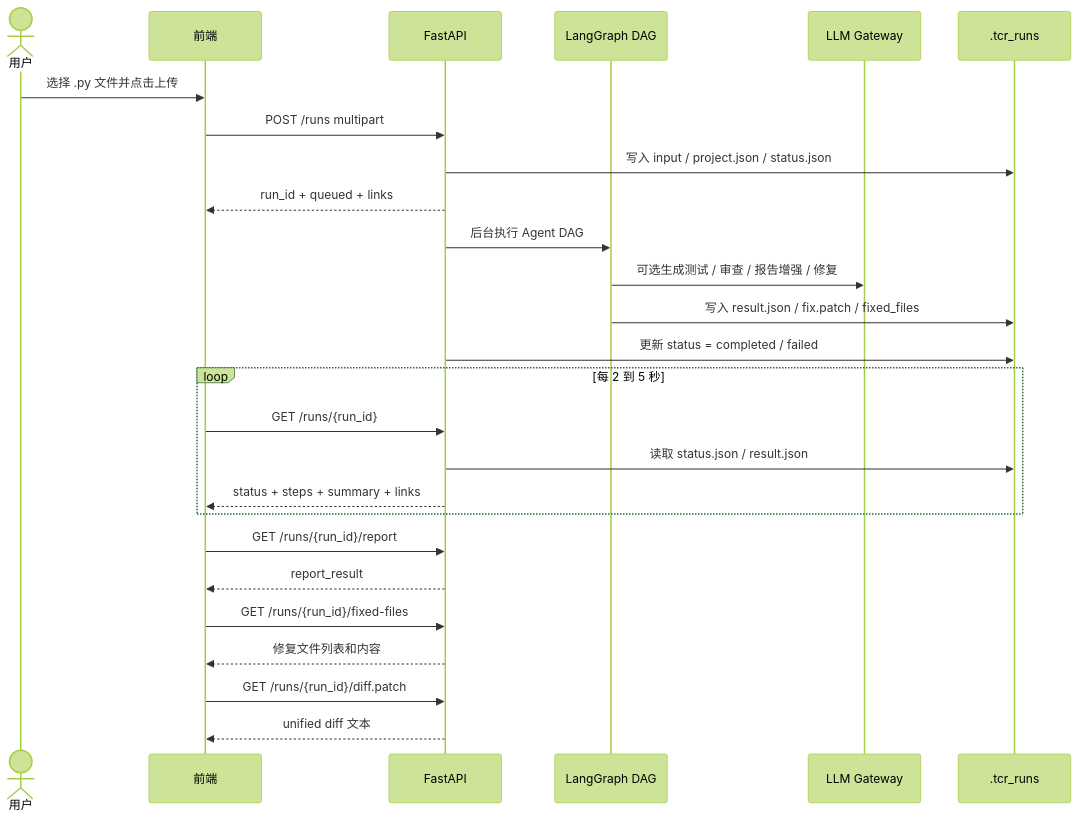
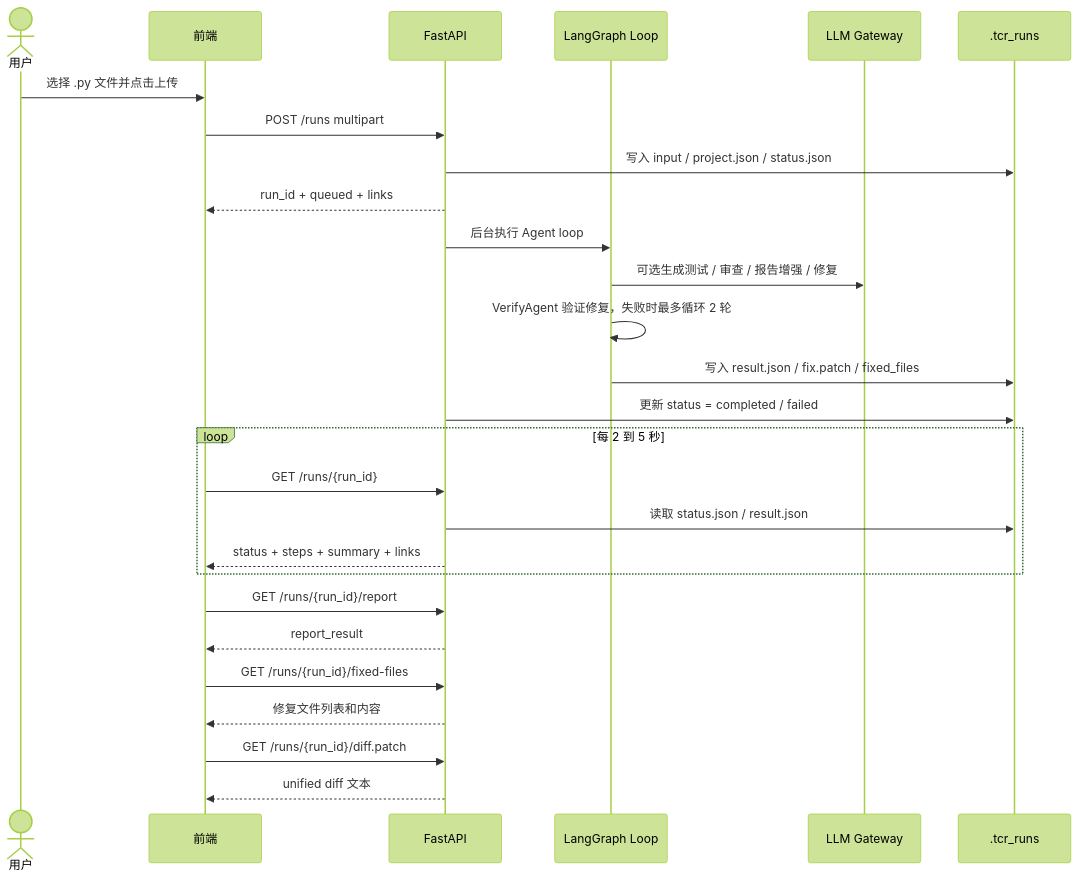
One commit to Haojun-Jiang/mgc-project changed the fifth of 6 diagrams in docs/project-technical-solution.md. Above: the diagram before and after it, drawn with Mermaid (forest theme). The commit also changed other lines of this file and 10 other files, not shown here.

````diff
--- a/docs/project-technical-solution.md
+++ b/docs/project-technical-solution.md
@@ -177,32 +195,33 @@
 ```mermaid
 sequenceDiagram
     actor User as 用户
     participant FE as 前端
     participant API as FastAPI
-    participant Graph as LangGraph DAG
+    participant Graph as LangGraph Loop
     participant LLM as LLM Gateway
     participant Store as .tcr_runs
 
     User->>FE: 选择 .py 文件并点击上传
     FE->>API: POST /runs multipart
     API->>Store: 写入 input / project.json / status.json
     API-->>FE: run_id + queued + links
 
-    API->>Graph: 后台执行 Agent DAG
+    API->>Graph: 后台执行 Agent loop
     Graph->>LLM: 可选生成测试 / 审查 / 报告增强 / 修复
+    Graph->>Graph: VerifyAgent 验证修复，失败时最多循环 2 轮
     Graph->>Store: 写入 result.json / fix.patch / fixed_files
     API->>Store: 更新 status = completed / failed
 
     loop 每 2 到 5 秒
         FE->>API: GET /runs/{run_id}
         API->>Store: 读取 status.json / result.json
         API-->>FE: status + steps + summary + links
     end
 
     FE->>API: GET /runs/{run_id}/report
     API-->>FE: report_result
     FE->>API: GET /runs/{run_id}/fixed-files
     API-->>FE: 修复文件列表和内容
     FE->>API: GET /runs/{run_id}/diff.patch
     API-->>FE: unified diff 文本
 ```
````
